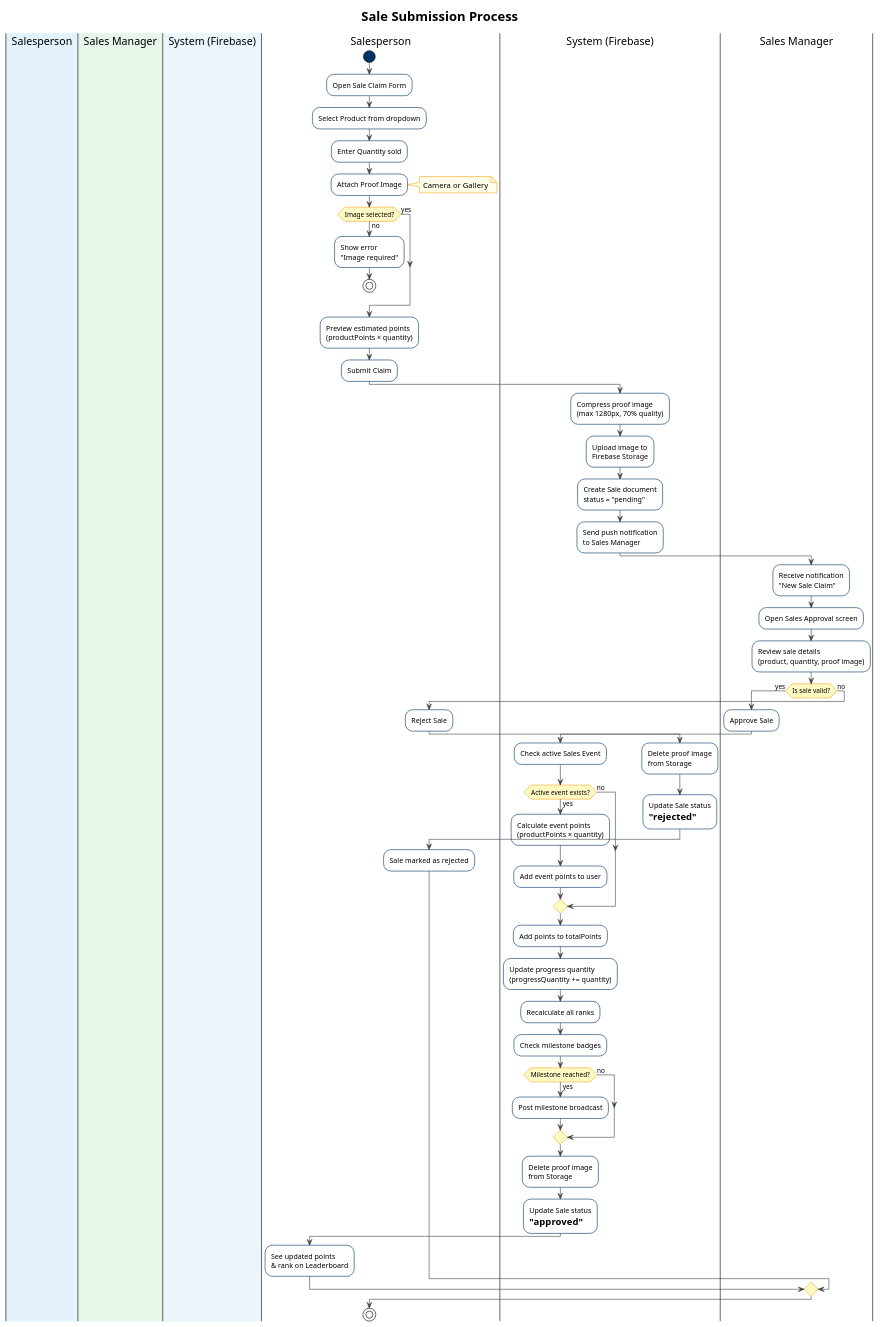
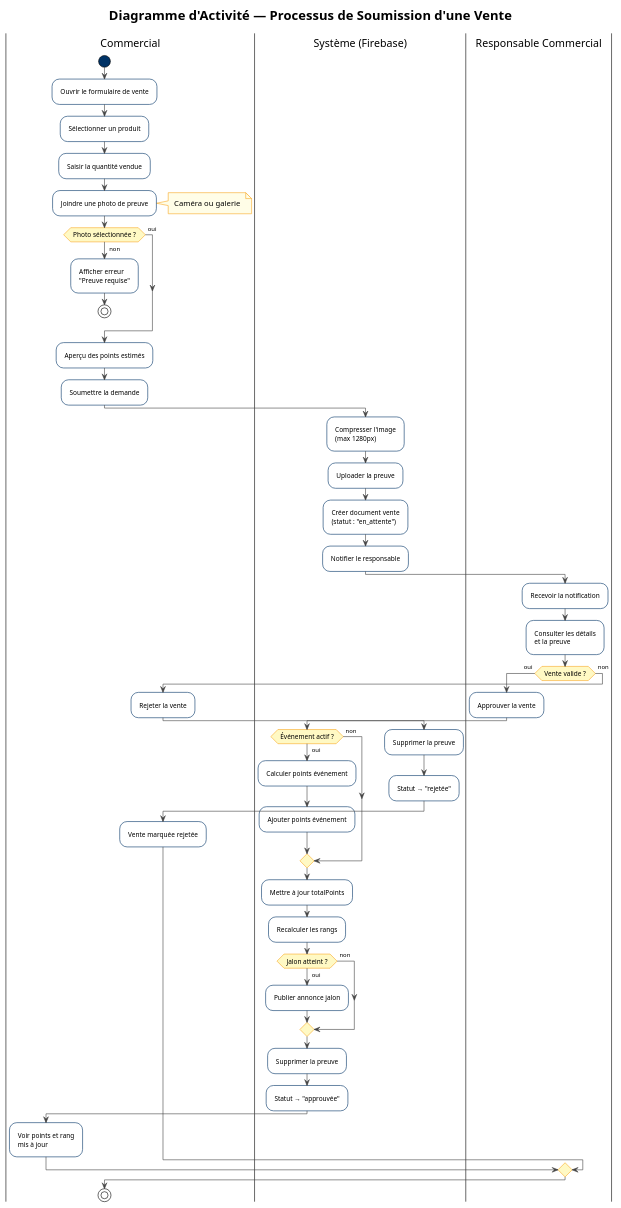
Before and after one commit to sadow2003/LafargeHolcim_sales_game: the diagram in docs/activity_sale_process.puml, drawn with PlantUML. The commit also changed 21 other files, not shown here.

```diff
--- a/docs/activity_sale_process.puml
+++ b/docs/activity_sale_process.puml
@@ -1,108 +1,88 @@
-@startuml Sale_Process_Activity
+@startuml Processus_Soumission_Vente
 !theme plain
 
+skinparam ActivityFontSize 11
+skinparam ActivityArrowFontSize 10
 skinparam ActivityBackgroundColor #FFFFFF
 skinparam ActivityBorderColor #003366
 skinparam ActivityDiamondBackgroundColor #FFF9C4
 skinparam ActivityDiamondBorderColor #F9A825
 skinparam ActivityStartColor #003366
 skinparam ActivityEndColor #003366
 skinparam ArrowColor #444444
 skinparam PartitionBorderColor #888888
 skinparam PartitionBackgroundColor #F5F5F5
 skinparam NoteBackgroundColor #FFFDE7
 skinparam NoteBorderColor #F9A825
+skinparam padding 4
+skinparam nodesep 15
+skinparam ranksep 20
 
-title Sale Submission Process
+title Diagramme d'Activité — Processus de Soumission d'une Vente
 
-|#E3F2FD| Salesperson |
-|#E8F5E9| Sales Manager |
-|#EBF5FB| System (Firebase) |
-
-|Salesperson|
+|Commercial|
 start
 
-:Open Sale Claim Form;
+:Ouvrir le formulaire de vente;
+:Sélectionner un produit;
+:Saisir la quantité vendue;
+:Joindre une photo de preuve;
+note right : Caméra ou galerie
 
-:Select Product from dropdown;
-
-:Enter Quantity sold;
-
-:Attach Proof Image;
-note right
-  Camera or Gallery
-end note
-
-if (Image selected?) then (no)
-  :Show error\n"Image required";
+if (Photo sélectionnée ?) then (non)
+  :Afficher erreur\n"Preuve requise";
   stop
-else (yes)
+else (oui)
 endif
 
-:Preview estimated points\n(productPoints × quantity);
+:Aperçu des points estimés;
+:Soumettre la demande;
 
-:Submit Claim;
+|Système (Firebase)|
+:Compresser l'image\n(max 1280px);
+:Uploader la preuve;
+:Créer document vente\n(statut : "en_attente");
+:Notifier le responsable;
 
-|System (Firebase)|
-:Compress proof image\n(max 1280px, 70% quality);
+|Responsable Commercial|
+:Recevoir la notification;
+:Consulter les détails\net la preuve;
 
-:Upload image to\nFirebase Storage;
+if (Vente valide ?) then (oui)
+  :Approuver la vente;
 
-:Create Sale document\nstatus = "pending";
-
-:Send push notification\nto Sales Manager;
-
-|Sales Manager|
-:Receive notification\n"New Sale Claim";
-
-:Open Sales Approval screen;
-
-:Review sale details\n(product, quantity, proof image);
-
-if (Is sale valid?) then (yes)
-  :Approve Sale;
-
-  |System (Firebase)|
-  :Check active Sales Event;
-
-  if (Active event exists?) then (yes)
-    :Calculate event points\n(productPoints × quantity);
-    :Add event points to user;
-  else (no)
+  |Système (Firebase)|
+  if (Événement actif ?) then (oui)
+    :Calculer points événement;
+    :Ajouter points événement;
+  else (non)
   endif
 
-  :Add points to totalPoints;
+  :Mettre à jour totalPoints;
+  :Recalculer les rangs;
 
-  :Update progress quantity\n(progressQuantity += quantity);
-
-  :Recalculate all ranks;
-
-  :Check milestone badges;
-
-  if (Milestone reached?) then (yes)
-    :Post milestone broadcast;
-  else (no)
+  if (Jalon atteint ?) then (oui)
+    :Publier annonce jalon;
+  else (non)
   endif
 
-  :Delete proof image\nfrom Storage;
+  :Supprimer la preuve;
+  :Statut → "approuvée";
 
-  :Update Sale status\n= "approved";
+  |Commercial|
+  :Voir points et rang\nmis à jour;
 
-  |Salesperson|
-  :See updated points\n& rank on Leaderboard;
+else (non)
+  :Rejeter la vente;
 
-else (no)
-  :Reject Sale;
+  |Système (Firebase)|
+  :Supprimer la preuve;
+  :Statut → "rejetée";
 
-  |System (Firebase)|
-  :Delete proof image\nfrom Storage;
-
-  :Update Sale status\n= "rejected";
-
-  |Salesperson|
-  :Sale marked as rejected;
+  |Commercial|
+  :Vente marquée rejetée;
 endif
 
 stop
 
 @enduml
```
